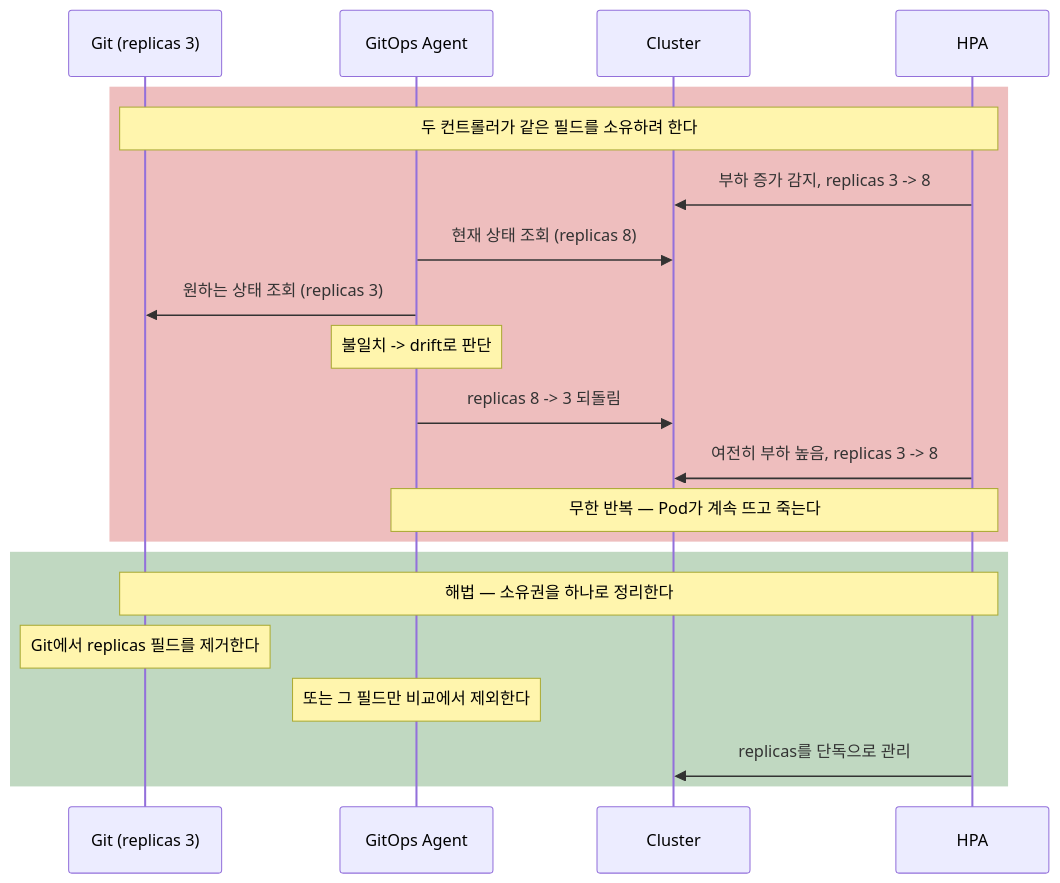
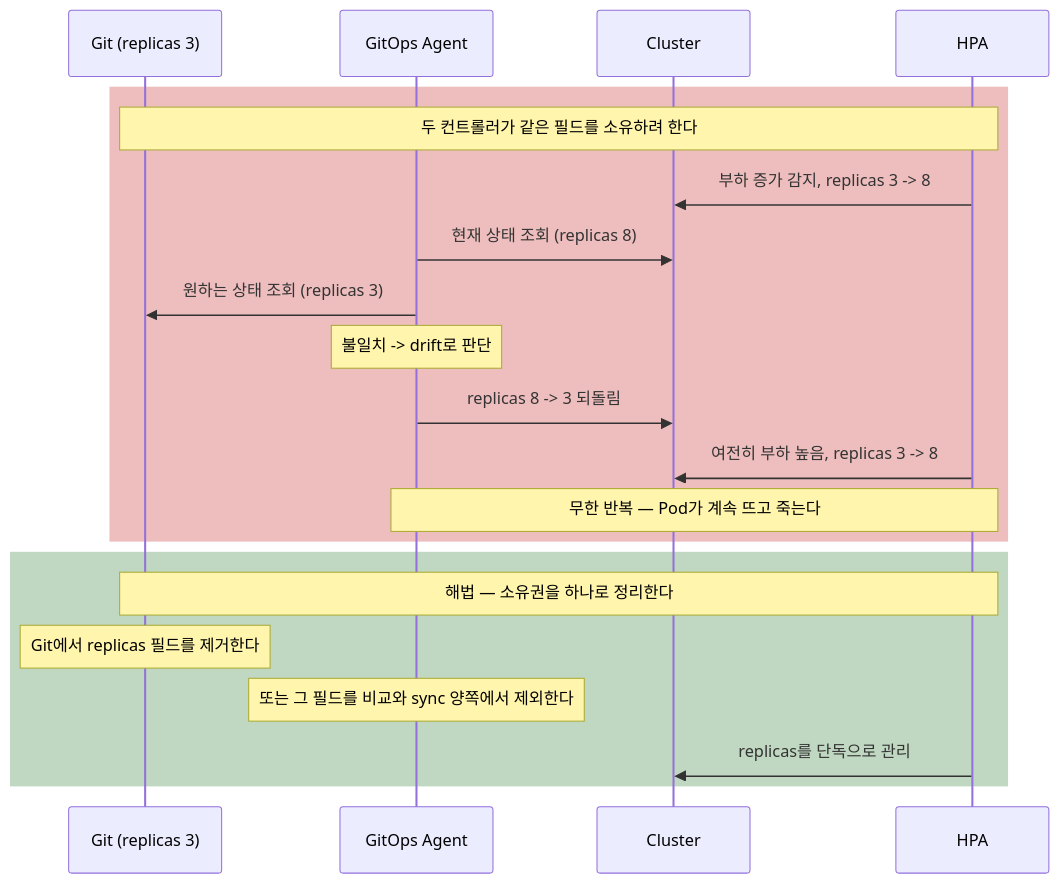
Before and after one commit to sskim91/TIL: the sixth of 12 diagrams in devops/GitOps-Git을-Single-Source-of-Truth로-삼는-운영-모델.md, drawn with Mermaid. The commit also changed other lines of this file, not shown here.

````diff
--- a/devops/GitOps-Git을-Single-Source-of-Truth로-삼는-운영-모델.md
+++ b/devops/GitOps-Git을-Single-Source-of-Truth로-삼는-운영-모델.md
@@ -417,25 +417,25 @@
 ```mermaid
 sequenceDiagram
     participant Git as Git (replicas 3)
     participant Argo as GitOps Agent
     participant K8s as Cluster
     participant HPA as HPA
 
     rect rgba(198, 40, 40, 0.3)
     Note over Git,HPA: 두 컨트롤러가 같은 필드를 소유하려 한다
     HPA->>K8s: 부하 증가 감지, replicas 3 -> 8
     Argo->>K8s: 현재 상태 조회 (replicas 8)
     Argo->>Git: 원하는 상태 조회 (replicas 3)
     Note over Argo: 불일치 -> drift로 판단
     Argo->>K8s: replicas 8 -> 3 되돌림
     HPA->>K8s: 여전히 부하 높음, replicas 3 -> 8
     Note over Argo,HPA: 무한 반복 — Pod가 계속 뜨고 죽는다
     end
 
     rect rgba(46, 125, 50, 0.3)
     Note over Git,HPA: 해법 — 소유권을 하나로 정리한다
     Note over Git: Git에서 replicas 필드를 제거한다
-    Note over Argo: 또는 그 필드만 비교에서 제외한다
+    Note over Argo: 또는 그 필드를 비교와 sync 양쪽에서 제외한다
     HPA->>K8s: replicas를 단독으로 관리
     end
 ```
````
